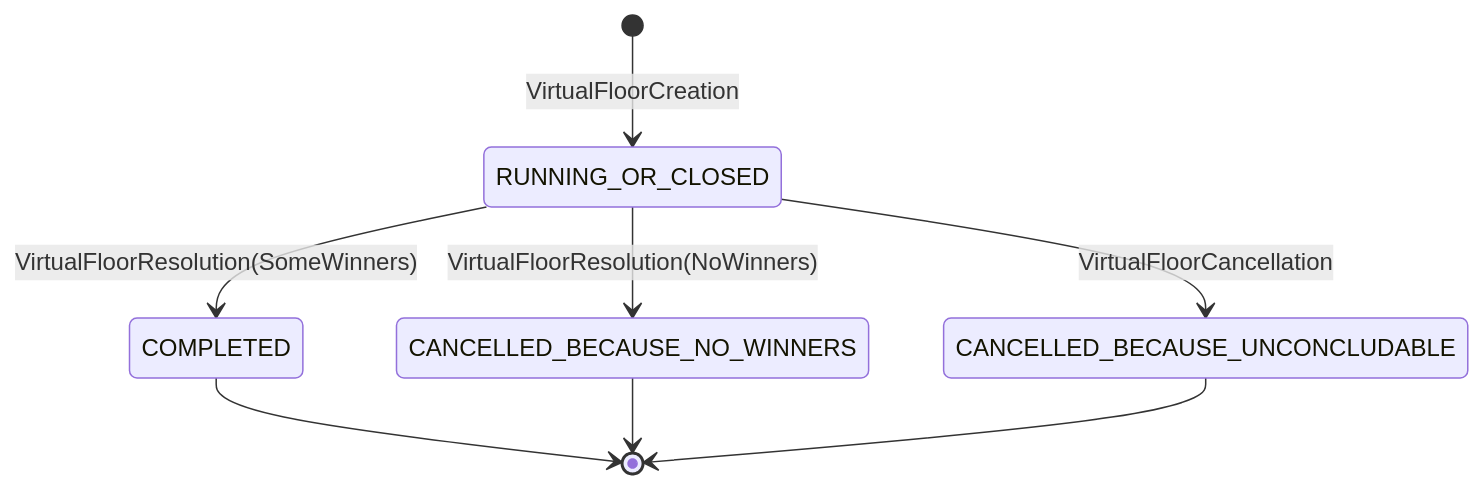
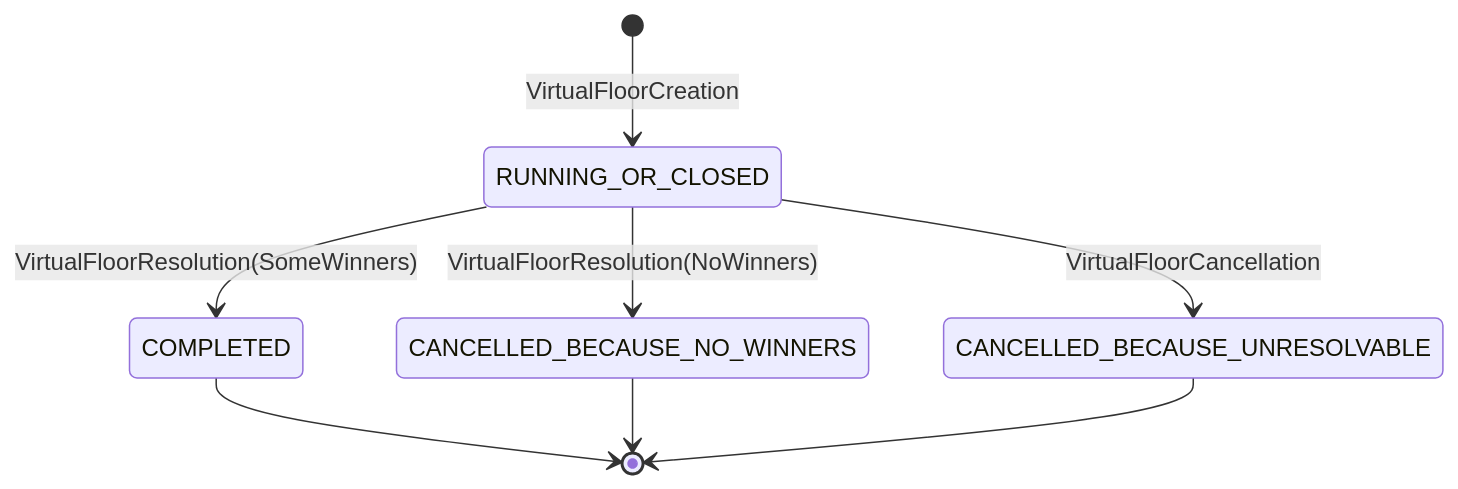
One commit to 0xsaxit/doubledice changed the second of 2 diagrams in platform/docs/STATE.md. Above: the diagram before and after it, drawn with Mermaid. The commit also changed other lines of this file and 7 other files, not shown here.

Commit message:
:recycle: unconcludable => unresolvable

````diff
--- a/platform/docs/STATE.md
+++ b/platform/docs/STATE.md
@@ -24,10 +24,10 @@
 ```mermaid
 stateDiagram-v2
     [*] --> RUNNING_OR_CLOSED: VirtualFloorCreation
     RUNNING_OR_CLOSED --> COMPLETED: VirtualFloorResolution(SomeWinners)
     RUNNING_OR_CLOSED --> CANCELLED_BECAUSE_NO_WINNERS: VirtualFloorResolution(NoWinners)
-    RUNNING_OR_CLOSED --> CANCELLED_BECAUSE_UNCONCLUDABLE: VirtualFloorCancellation
+    RUNNING_OR_CLOSED --> CANCELLED_BECAUSE_UNRESOLVABLE: VirtualFloorCancellation
     COMPLETED --> [*]
     CANCELLED_BECAUSE_NO_WINNERS --> [*]
-    CANCELLED_BECAUSE_UNCONCLUDABLE --> [*]
+    CANCELLED_BECAUSE_UNRESOLVABLE --> [*]
 ```
````
